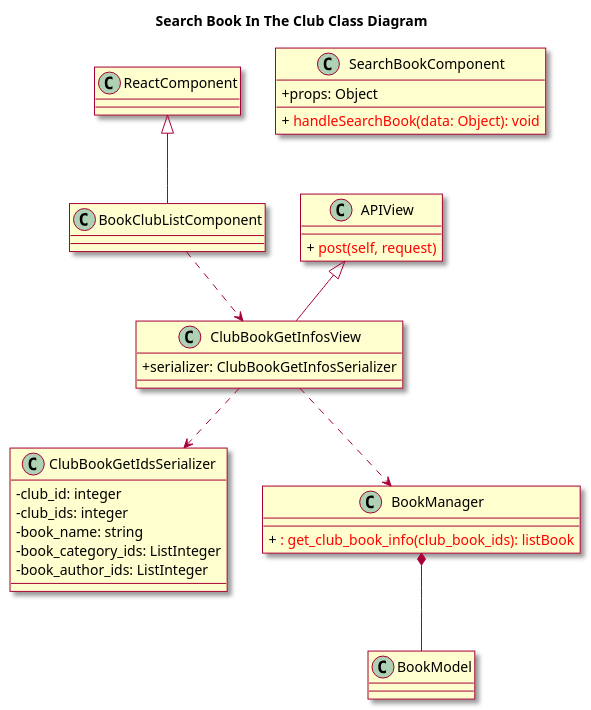
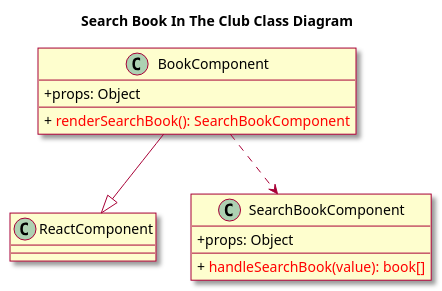
The diagram in uml/006-class-search-book-in-club.wsd (ljttl3q04t/Book-Over-There), drawn with PlantUML before and after one commit. The commit also changed 3 other files, not shown here.

```diff
--- a/uml/006-class-search-book-in-club.wsd
+++ b/uml/006-class-search-book-in-club.wsd
@@ -1,43 +1,21 @@
 @startuml
 skin rose
 skinparam classAttributeIconSize 0
 
 title Search Book In The Club Class Diagram
 class ReactComponent
 
 class SearchBookComponent {
 	+ props: Object
-	+ {method} <color:red> handleSearchBook(data: Object): void
+	+ {method} <color:red> handleSearchBook(value): book[]
 }
 
-class ClubBookGetInfosView {
-	+ serializer: ClubBookGetInfosSerializer
+class BookComponent {
+    + props: Object
+    + {method} <color:red> renderSearchBook(): SearchBookComponent
 }
 
-class APIView {
-	+ {method} <color:red> post(self, request)
-}
+BookComponent --|> ReactComponent
+BookComponent ..> SearchBookComponent
 
-class ClubBookGetIdsSerializer {
-    - club_id: integer
-    - club_ids: integer
-    - book_name: string
-    - book_category_ids: ListInteger 
-    - book_author_ids: ListInteger
-}
-
-
-class BookManager {
-	+ {method} <color:red> : get_club_book_info(club_book_ids): listBook
-}
-
-class BookModel {
-}
-
-ReactComponent <|-- BookClubListComponent
-APIView <|-- ClubBookGetInfosView
-BookClubListComponent ..> ClubBookGetInfosView
-ClubBookGetInfosView ..> ClubBookGetIdsSerializer
-ClubBookGetInfosView ..> BookManager
-BookManager *-- BookModel
 @enduml
```
